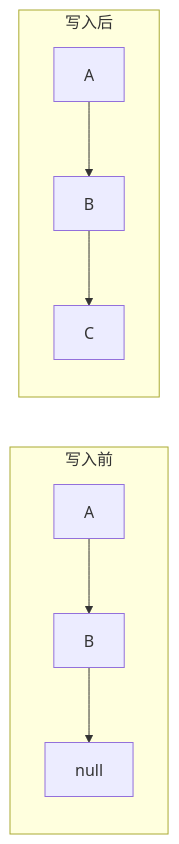
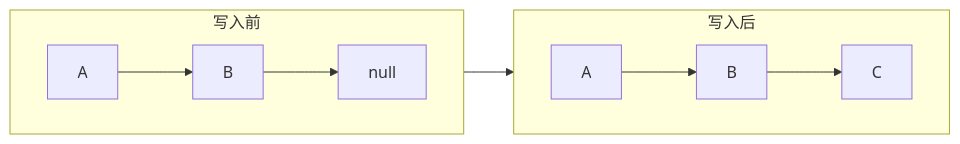
One commit to rebibabo/rebibabo.github.io changed the diagram in source/images/Java-concurrency/IMG-20260707-000124.mmd. Above: the diagram before and after it, drawn with Mermaid. The commit also changed 210 other files, not shown here.

```diff
--- a/source/images/Java-concurrency/IMG-20260707-000124.mmd
+++ b/source/images/Java-concurrency/IMG-20260707-000124.mmd
@@ -1,7 +1,10 @@
 flowchart LR
     subgraph 写入前
+        direction LR
         Ab["A"] --> Bb["B"] --> nullb["null"]
     end
     subgraph 写入后
+        direction LR
         Aa["A"] --> Ba["B"] --> Ca["C"]
     end
+    nullb --> Aa
```
